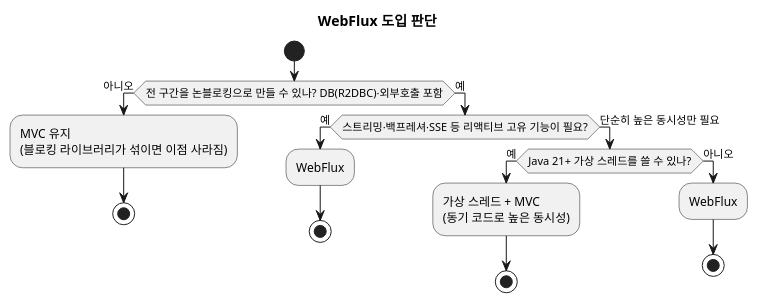
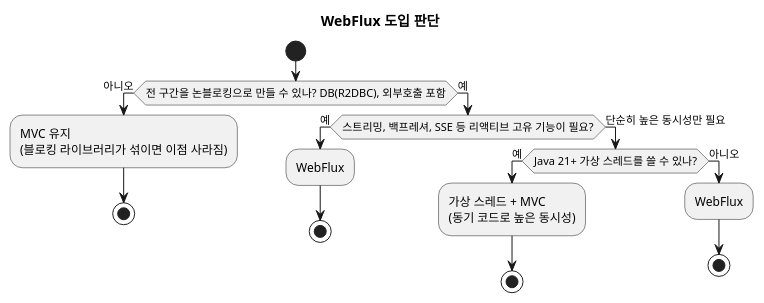
The third of 3 diagrams in blog/2026-09-25-spring-webflux-vs-mvc.mdx (johnycho/johny-dev), drawn with PlantUML before and after one commit. The commit also changed other lines of this file and 188 other files, not shown here.

````diff
--- a/blog/2026-09-25-spring-webflux-vs-mvc.mdx
+++ b/blog/2026-09-25-spring-webflux-vs-mvc.mdx
@@ -341,23 +341,23 @@
 ```plantuml
 @startuml
 title WebFlux 도입 판단
 start
-if (전 구간을 논블로킹으로 만들 수 있나? DB(R2DBC)·외부호출 포함) then (아니오)
+if (전 구간을 논블로킹으로 만들 수 있나? DB(R2DBC), 외부호출 포함) then (아니오)
   :MVC 유지\n(블로킹 라이브러리가 섞이면 이점 사라짐);
   stop
 else (예)
-  if (스트리밍·백프레셔·SSE 등 리액티브 고유 기능이 필요?) then (예)
+  if (스트리밍, 백프레셔, SSE 등 리액티브 고유 기능이 필요?) then (예)
     :WebFlux;
     stop
   else (단순히 높은 동시성만 필요)
     if (Java 21+ 가상 스레드를 쓸 수 있나?) then (예)
       :가상 스레드 + MVC\n(동기 코드로 높은 동시성);
       stop
     else (아니오)
       :WebFlux;
       stop
     endif
   endif
 endif
 @enduml
 ```
````
